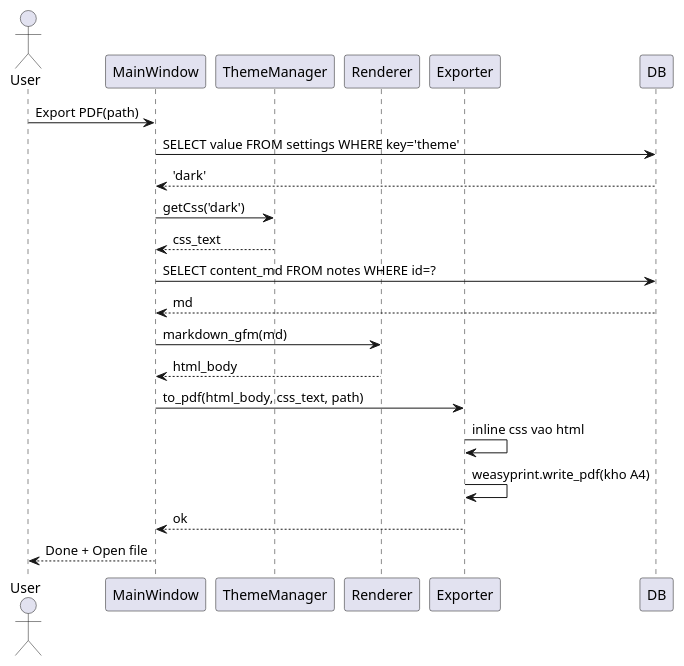
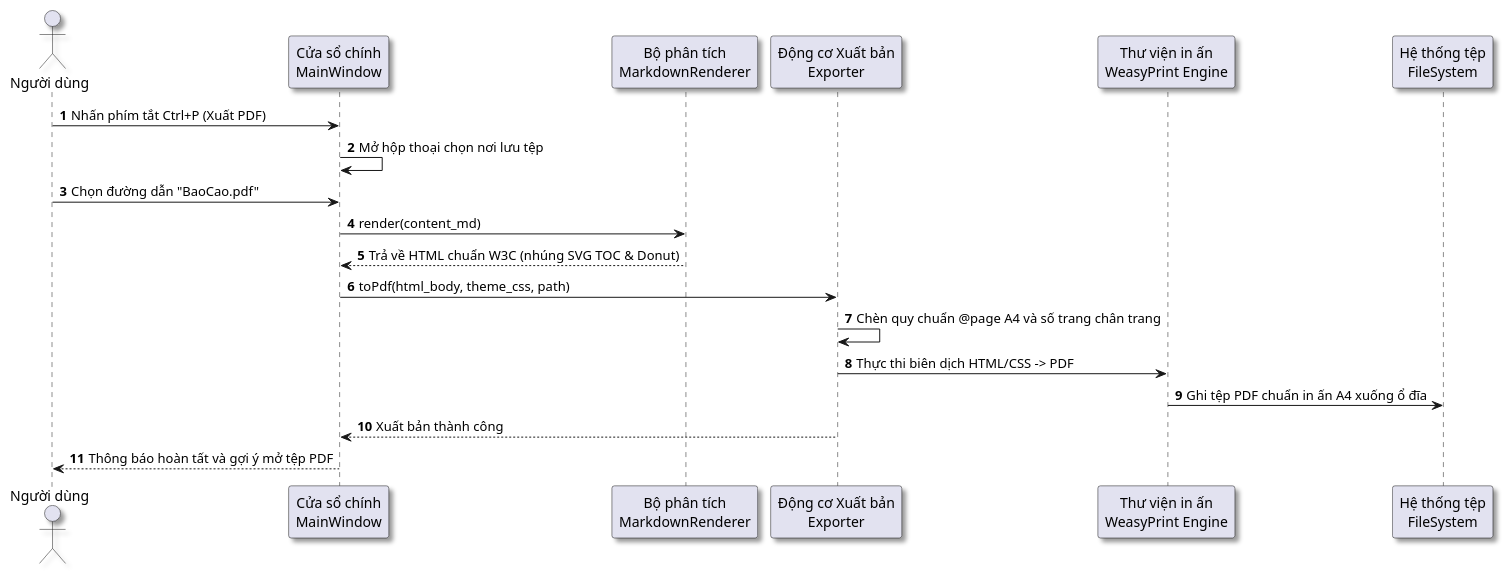
Before and after one commit to dotlinux26/marknote: the diagram in docs/diagrams/seq_xuat_pdf.puml, drawn with PlantUML. The commit also changed 28 other files, not shown here.

Commit message:
docs: complete PlantUML diagrams and comprehensive academic report matching HaUI standard

```diff
--- a/docs/diagrams/seq_xuat_pdf.puml
+++ b/docs/diagrams/seq_xuat_pdf.puml
@@ -1,23 +1,25 @@
 @startuml
-actor User
-participant MainWindow
-participant ThemeManager
-participant Renderer
-participant Exporter
-participant DB
+skinparam defaultFontName "Segoe UI"
+skinparam shadowing true
 
-User -> MainWindow : Export PDF(path)
-MainWindow -> DB : SELECT value FROM settings WHERE key='theme'
-DB --> MainWindow : 'dark'
-MainWindow -> ThemeManager : getCss('dark')
-ThemeManager --> MainWindow : css_text
-MainWindow -> DB : SELECT content_md FROM notes WHERE id=?
-DB --> MainWindow : md
-MainWindow -> Renderer : markdown_gfm(md)
-Renderer --> MainWindow : html_body
-MainWindow -> Exporter : to_pdf(html_body, css_text, path)
-Exporter -> Exporter : inline css vao html
-Exporter -> Exporter : weasyprint.write_pdf(kho A4)
-Exporter --> MainWindow : ok
-MainWindow --> User : Done + Open file
+autonumber
+actor "Người dùng" as User
+participant "Cửa sổ chính\nMainWindow" as Main
+participant "Bộ phân tích\nMarkdownRenderer" as Renderer
+participant "Động cơ Xuất bản\nExporter" as Exporter
+participant "Thư viện in ấn\nWeasyPrint Engine" as Weasy
+participant "Hệ thống tệp\nFileSystem" as FS
+
+User -> Main : Nhấn phím tắt Ctrl+P (Xuất PDF)
+Main -> Main : Mở hộp thoại chọn nơi lưu tệp
+User -> Main : Chọn đường dẫn "BaoCao.pdf"
+Main -> Renderer : render(content_md)
+Renderer --> Main : Trả về HTML chuẩn W3C (nhúng SVG TOC & Donut)
+Main -> Exporter : toPdf(html_body, theme_css, path)
+Exporter -> Exporter : Chèn quy chuẩn @page A4 và số trang chân trang
+Exporter -> Weasy : Thực thi biên dịch HTML/CSS -> PDF
+Weasy -> FS : Ghi tệp PDF chuẩn in ấn A4 xuống ổ đĩa
+Exporter --> Main : Xuất bản thành công
+Main --> User : Thông báo hoàn tất và gợi ý mở tệp PDF
+
 @enduml
```
